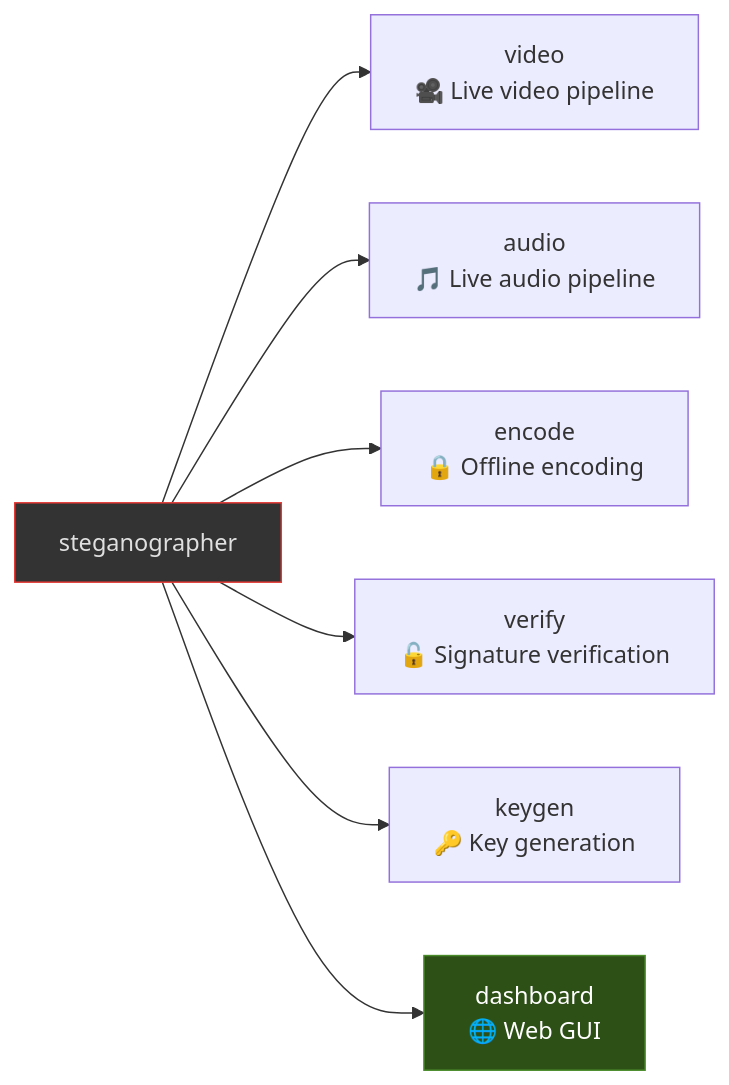
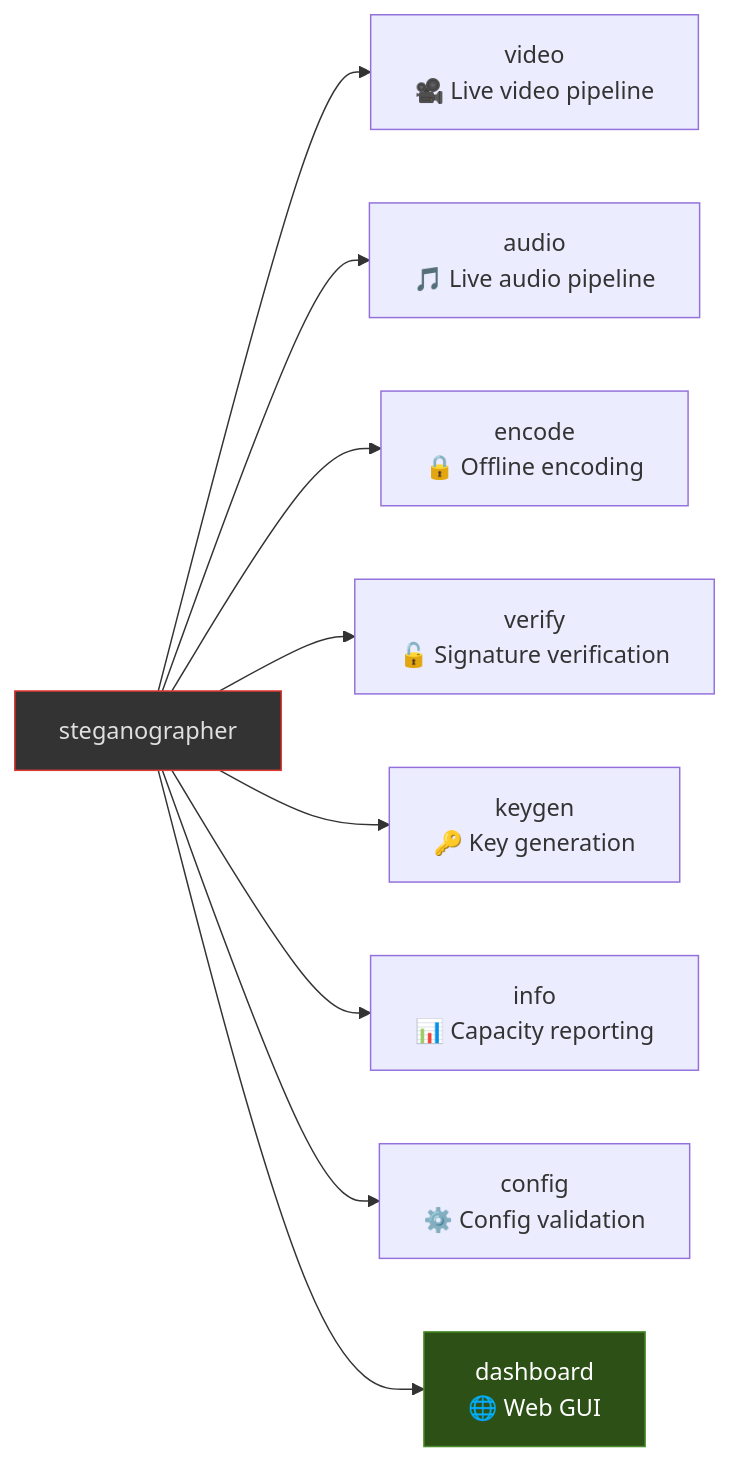
One commit to docxology/steganographer changed the diagram in docs/cli-reference.md. Above: the diagram before and after it, drawn with Mermaid. The commit also changed other lines of this file and 31 other files, not shown here.

````diff
--- a/docs/cli-reference.md
+++ b/docs/cli-reference.md
@@ -9,11 +9,13 @@
 ```mermaid
 flowchart LR
     CLI["steganographer"] --> VIDEO["video\n🎥 Live video pipeline"]
     CLI --> AUDIO["audio\n🎵 Live audio pipeline"]
     CLI --> ENCODE["encode\n🔒 Offline encoding"]
     CLI --> VERIFY["verify\n🔓 Signature verification"]
     CLI --> KEYGEN["keygen\n🔑 Key generation"]
+    CLI --> INFO["info\n📊 Capacity reporting"]
+    CLI --> CONFIG["config\n⚙️ Config validation"]
     CLI --> DASH["dashboard\n🌐 Web GUI"]
     style CLI fill:#333,stroke:#e53935,color:#e0e0e0
     style DASH fill:#2d5016,stroke:#4a8c2a,color:#fff
 ```
````
